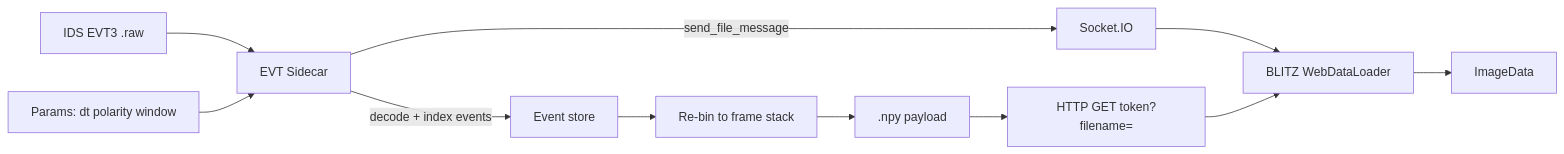
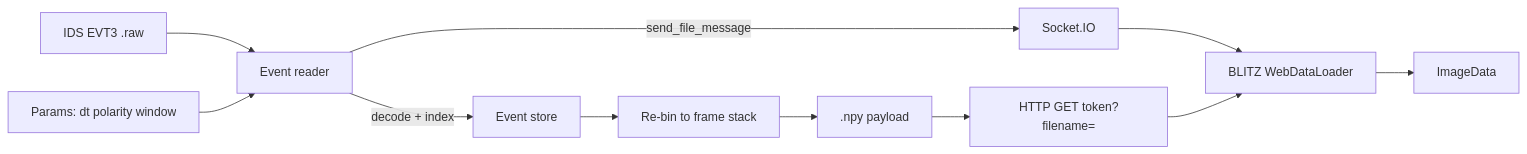
Before and after one commit to PiMaV/event-reader: the diagram in README.md, drawn with Mermaid. The commit also changed other lines of this file and 8 other files, not shown here.

First line of the commit message:
Prepare Event reader as a public working-title repo with CI and Release builds.

````diff
--- a/README.md
+++ b/README.md
@@ -9,13 +10,13 @@
 ```mermaid
 flowchart LR
-  raw["IDS EVT3 .raw"] --> sidecar["EVT Sidecar"]
-  sidecar -->|"decode + index events"| events["Event store"]
-  ui["Params: dt polarity window"] --> sidecar
+  raw["IDS EVT3 .raw"] --> reader["Event reader"]
+  reader -->|"decode + index"| events["Event store"]
+  ui["Params: dt polarity window"] --> reader
   events --> bin["Re-bin to frame stack"]
   bin --> npy[".npy payload"]
-  sidecar -->|"send_file_message"| sio["Socket.IO"]
+  reader -->|"send_file_message"| sio["Socket.IO"]
   npy --> http["HTTP GET token?filename="]
   sio --> blitz["BLITZ WebDataLoader"]
   http --> blitz
   blitz --> viewer["ImageData"]
 ```
````
